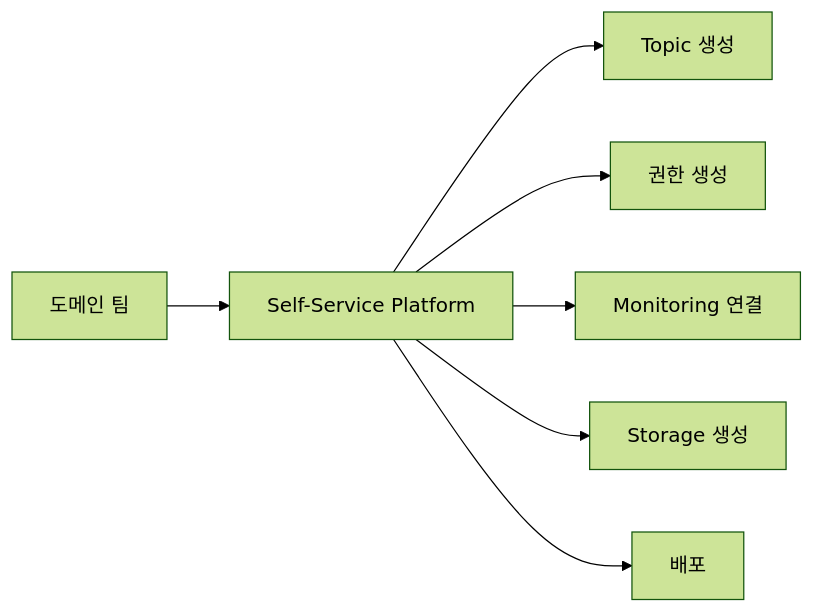
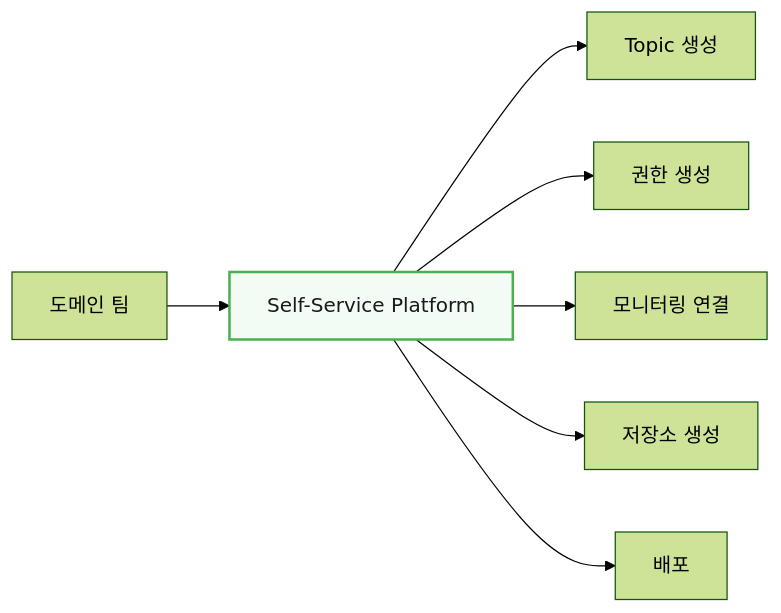
The second of 11 diagrams in 모던 데이터 아키텍처/22장. 플랫폼과 조직.md (i31pc17/bitbook), drawn with Mermaid (forest theme) before and after one commit. The commit also changed other lines of this file and 2 other files, not shown here.

````diff
--- a/모던 데이터 아키텍처/22장. 플랫폼과 조직.md
+++ b/모던 데이터 아키텍처/22장. 플랫폼과 조직.md
@@ -151,16 +160,11 @@
 ```mermaid
 flowchart LR
-    n0["도메인 팀"]
-    n1["Self-Service Platform"]
-    n2["Topic 생성"]
-    n3["권한 생성"]
-    n4["Monitoring 연결"]
-    n5["Storage 생성"]
-    n6["배포"]
-    n0 --> n1
-    n1 --> n2
-    n1 --> n3
-    n1 --> n4
-    n1 --> n5
-    n1 --> n6
+    DT["도메인 팀"] --> SP["Self-Service Platform"]
+    SP --> T["Topic 생성"]
+    SP --> A2["권한 생성"]
+    SP --> M2["모니터링 연결"]
+    SP --> ST["저장소 생성"]
+    SP --> DP["배포"]
+
+    style SP fill:#f2fbf4,stroke:#4caf50,stroke-width:2px,color:#1a1a1a
 ```
````
